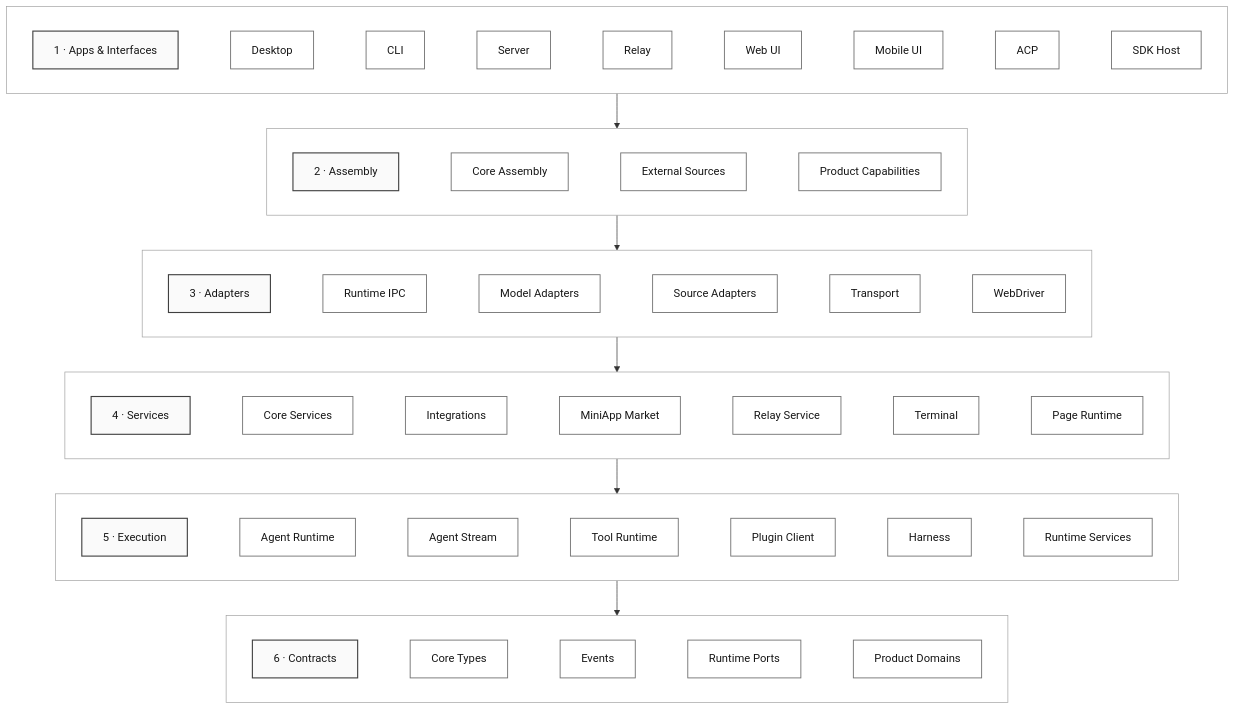
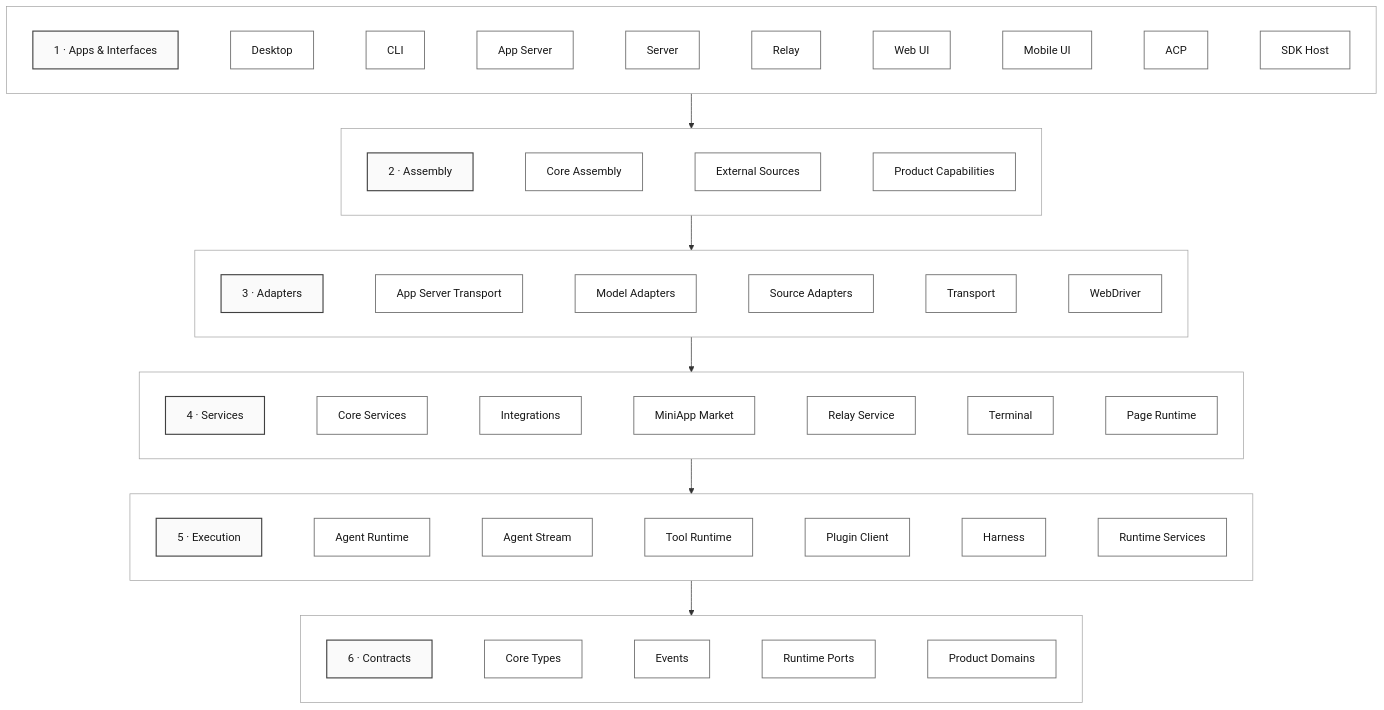
The second of 11 diagrams in docs/architecture/product-architecture.md (GCWing/BitFun), drawn with Mermaid before and after one commit. The commit also changed other lines of this file and 13 other files, not shown here.

Commit message:
feat(doct): add app server design

````diff
--- a/docs/architecture/product-architecture.md
+++ b/docs/architecture/product-architecture.md
@@ -194,45 +199,45 @@
 ```mermaid
 flowchart TB
   subgraph AppsLayer[" "]
     direction LR
-    AppsTitle["1 · Apps & Interfaces"] ~~~ Desktop["Desktop"] ~~~ CLI["CLI"] ~~~ Server["Server"] ~~~ Relay["Relay"] ~~~ WebUI["Web UI"] ~~~ MobileUI["Mobile UI"] ~~~ ACP["ACP"] ~~~ SDKHost["SDK Host"]
+    AppsTitle["1 · Apps & Interfaces"] ~~~ Desktop["Desktop"] ~~~ CLI["CLI"] ~~~ AppServer["App Server"] ~~~ Server["Server"] ~~~ Relay["Relay"] ~~~ WebUI["Web UI"] ~~~ MobileUI["Mobile UI"] ~~~ ACP["ACP"] ~~~ SDKHost["SDK Host"]
   end
 
   subgraph AssemblyLayer[" "]
     direction LR
     AssemblyTitle["2 · Assembly"] ~~~ CoreAssembly["Core Assembly"] ~~~ ExternalSources["External Sources"] ~~~ ProductCaps["Product Capabilities"]
   end
 
   subgraph AdaptersLayer[" "]
     direction LR
-    AdaptersTitle["3 · Adapters"] ~~~ RuntimeIPC["Runtime IPC"] ~~~ ModelAdapters["Model Adapters"] ~~~ SourceAdapters["Source Adapters"] ~~~ Transport["Transport"] ~~~ WebDriver["WebDriver"]
+    AdaptersTitle["3 · Adapters"] ~~~ AppTransport["App Server Transport"] ~~~ ModelAdapters["Model Adapters"] ~~~ SourceAdapters["Source Adapters"] ~~~ Transport["Transport"] ~~~ WebDriver["WebDriver"]
   end
 
   subgraph ServicesLayer[" "]
     direction LR
     ServicesTitle["4 · Services"] ~~~ CoreServices["Core Services"] ~~~ Integrations["Integrations"] ~~~ MiniAppMarket["MiniApp Market"] ~~~ RelayService["Relay Service"] ~~~ Terminal["Terminal"] ~~~ PageRuntime["Page Runtime"]
   end
 
   subgraph ExecutionLayer[" "]
     direction LR
     ExecutionTitle["5 · Execution"] ~~~ AgentRuntime["Agent Runtime"] ~~~ AgentStream["Agent Stream"] ~~~ ToolRuntime["Tool Runtime"] ~~~ PluginClient["Plugin Client"] ~~~ Harness["Harness"] ~~~ RuntimeServices["Runtime Services"]
   end
 
   subgraph ContractsLayer[" "]
     direction LR
     ContractsTitle["6 · Contracts"] ~~~ CoreTypes["Core Types"] ~~~ Events["Events"] ~~~ RuntimePorts["Runtime Ports"] ~~~ ProductDomains["Product Domains"]
   end
 
   AppsTitle --> AssemblyTitle --> AdaptersTitle --> ServicesTitle --> ExecutionTitle --> ContractsTitle
 
   classDef header fill:#fafafa,stroke:#404040,stroke-width:1.6px,color:#171717;
   classDef module fill:#ffffff,stroke:#737373,stroke-width:1.3px,color:#171717;
   class AppsTitle,AssemblyTitle,AdaptersTitle,ServicesTitle,ExecutionTitle,ContractsTitle header;
-  class Desktop,CLI,Server,Relay,WebUI,MobileUI,ACP,SDKHost,CoreAssembly,ExternalSources,ProductCaps,RuntimeIPC,ModelAdapters,SourceAdapters,Transport,WebDriver,CoreServices,Integrations,MiniAppMarket,RelayService,Terminal,PageRuntime,AgentRuntime,AgentStream,ToolRuntime,PluginClient,Harness,RuntimeServices,CoreTypes,Events,RuntimePorts,ProductDomains module;
+  class Desktop,CLI,AppServer,Server,Relay,WebUI,MobileUI,ACP,SDKHost,CoreAssembly,ExternalSources,ProductCaps,AppTransport,ModelAdapters,SourceAdapters,Transport,WebDriver,CoreServices,Integrations,MiniAppMarket,RelayService,Terminal,PageRuntime,AgentRuntime,AgentStream,ToolRuntime,PluginClient,Harness,RuntimeServices,CoreTypes,Events,RuntimePorts,ProductDomains module;
   style AppsLayer fill:#ffffff,stroke:#a3a3a3;
   style AssemblyLayer fill:#ffffff,stroke:#a3a3a3;
   style AdaptersLayer fill:#ffffff,stroke:#a3a3a3;
   style ServicesLayer fill:#ffffff,stroke:#a3a3a3;
   style ExecutionLayer fill:#ffffff,stroke:#a3a3a3;
   style ContractsLayer fill:#ffffff,stroke:#a3a3a3;
 ```
````
